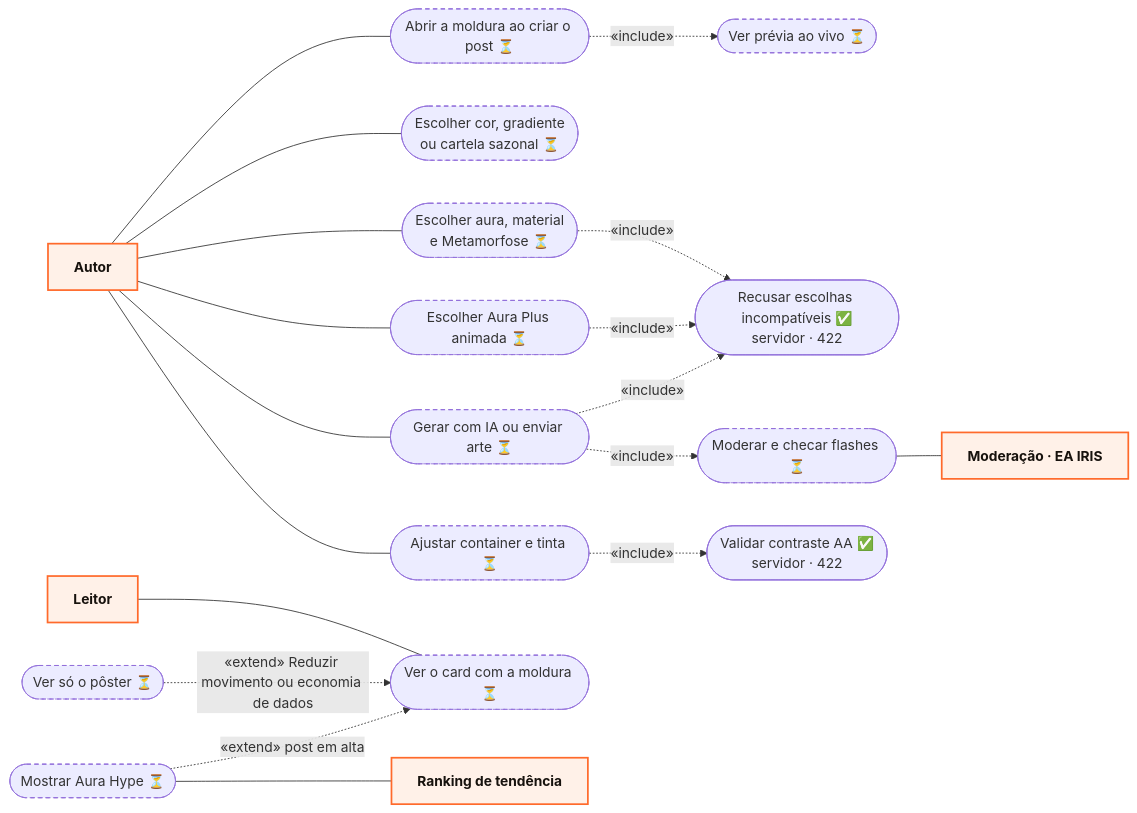
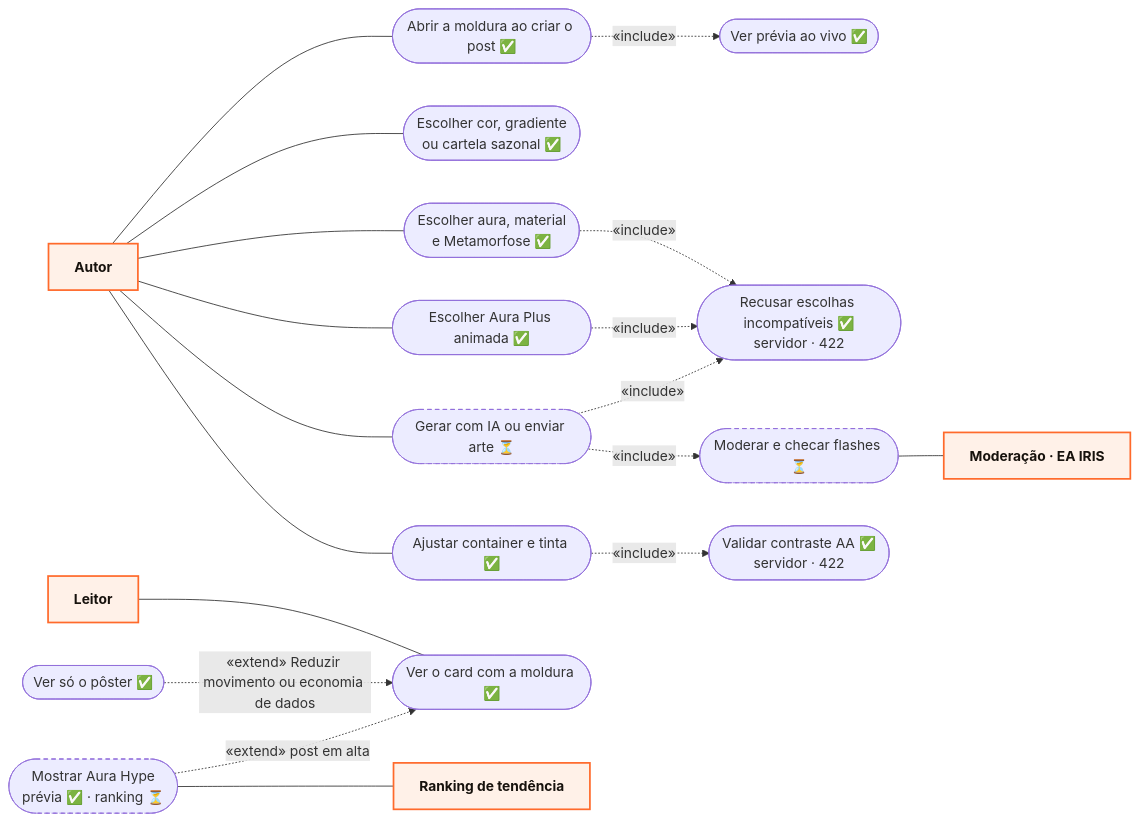
One commit to MatheusHaliski/orange_social_velion changed the sixth of 7 diagrams in docs/DIAGRAMA_CASOS_DE_USO.md. Above: the diagram before and after it, drawn with Mermaid. The commit also changed other lines of this file and 14 other files, not shown here.

````diff
--- a/docs/DIAGRAMA_CASOS_DE_USO.md
+++ b/docs/DIAGRAMA_CASOS_DE_USO.md
@@ -243,38 +243,38 @@
 ```mermaid
 flowchart LR
     AUT["Autor"]:::actor
     LEI["Leitor"]:::actor
 
-    ABRIR(["Abrir a moldura ao criar o post ⏳"]):::planned
-    COR(["Escolher cor, gradiente<br/>ou cartela sazonal ⏳"]):::planned
-    AURA(["Escolher aura, material<br/>e Metamorfose ⏳"]):::planned
-    PLUS(["Escolher Aura Plus animada ⏳"]):::planned
+    ABRIR(["Abrir a moldura ao criar o post ✅"])
+    COR(["Escolher cor, gradiente<br/>ou cartela sazonal ✅"])
+    AURA(["Escolher aura, material<br/>e Metamorfose ✅"])
+    PLUS(["Escolher Aura Plus animada ✅"])
     PROPRIA(["Gerar com IA ou enviar arte ⏳"]):::planned
-    CONT(["Ajustar container e tinta ⏳"]):::planned
-    VER(["Ver o card com a moldura ⏳"]):::planned
-    PREV(["Ver prévia ao vivo ⏳"]):::planned
+    CONT(["Ajustar container e tinta ✅"])
+    VER(["Ver o card com a moldura ✅"])
+    PREV(["Ver prévia ao vivo ✅"])
     LIMPA(["Recusar escolhas incompatíveis ✅<br/>servidor · 422"])
     CONTR(["Validar contraste AA ✅<br/>servidor · 422"])
-    POSTER(["Ver só o pôster ⏳"]):::planned
-    HYPE(["Mostrar Aura Hype ⏳"]):::planned
+    POSTER(["Ver só o pôster ✅"])
+    HYPE(["Mostrar Aura Hype<br/>prévia ✅ · ranking ⏳"]):::planned
     MODR(["Moderar e checar flashes ⏳"]):::planned
 
     MOD["Moderação · EA IRIS"]:::actor
     RANK["Ranking de tendência"]:::actor
 
     AUT --- ABRIR & COR & AURA & PLUS & PROPRIA & CONT
     LEI --- VER
     ABRIR -. «include» .-> PREV
     AURA -. «include» .-> LIMPA
     PLUS -. «include» .-> LIMPA
     PROPRIA -. «include» .-> LIMPA
     CONT -. «include» .-> CONTR
     PROPRIA -. «include» .-> MODR
     POSTER -. «extend» Reduzir movimento ou economia de dados .-> VER
     HYPE -. «extend» post em alta .-> VER
     MODR --- MOD
     HYPE --- RANK
 
     classDef actor fill:#FFF1E8,stroke:#FF6A2B,stroke-width:2px,color:#17120D,font-weight:bold
     classDef planned stroke-dasharray:5 4
 ```
````
